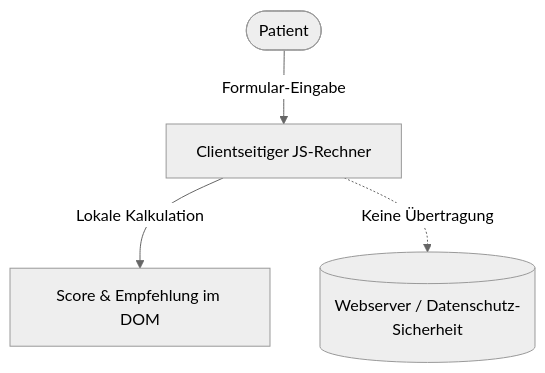
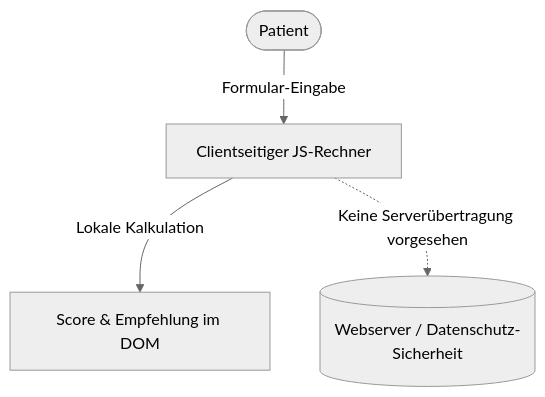
One commit to BGA360/bridgenta-portfolio changed the diagram in src/content/projects/luminapraxisds.md. Above: the diagram before and after it, drawn with Mermaid (neutral theme). The commit also changed other lines of this file, not shown here.

````diff
--- a/src/content/projects/luminapraxisds.md
+++ b/src/content/projects/luminapraxisds.md
@@ -127,6 +127,6 @@
 ```mermaid
 graph TD
     User([Patient]) -->|Formular-Eingabe| Rechner[Clientseitiger JS-Rechner]
     Rechner -->|Lokale Kalkulation| Ergebnis[Score & Empfehlung im DOM]
-    Rechner -.->|Keine Übertragung| Server[(Webserver / Datenschutz-Sicherheit)]
+    Rechner -.->|Keine Serverübertragung vorgesehen| Server[(Webserver / Datenschutz-Sicherheit)]
 ```
````
